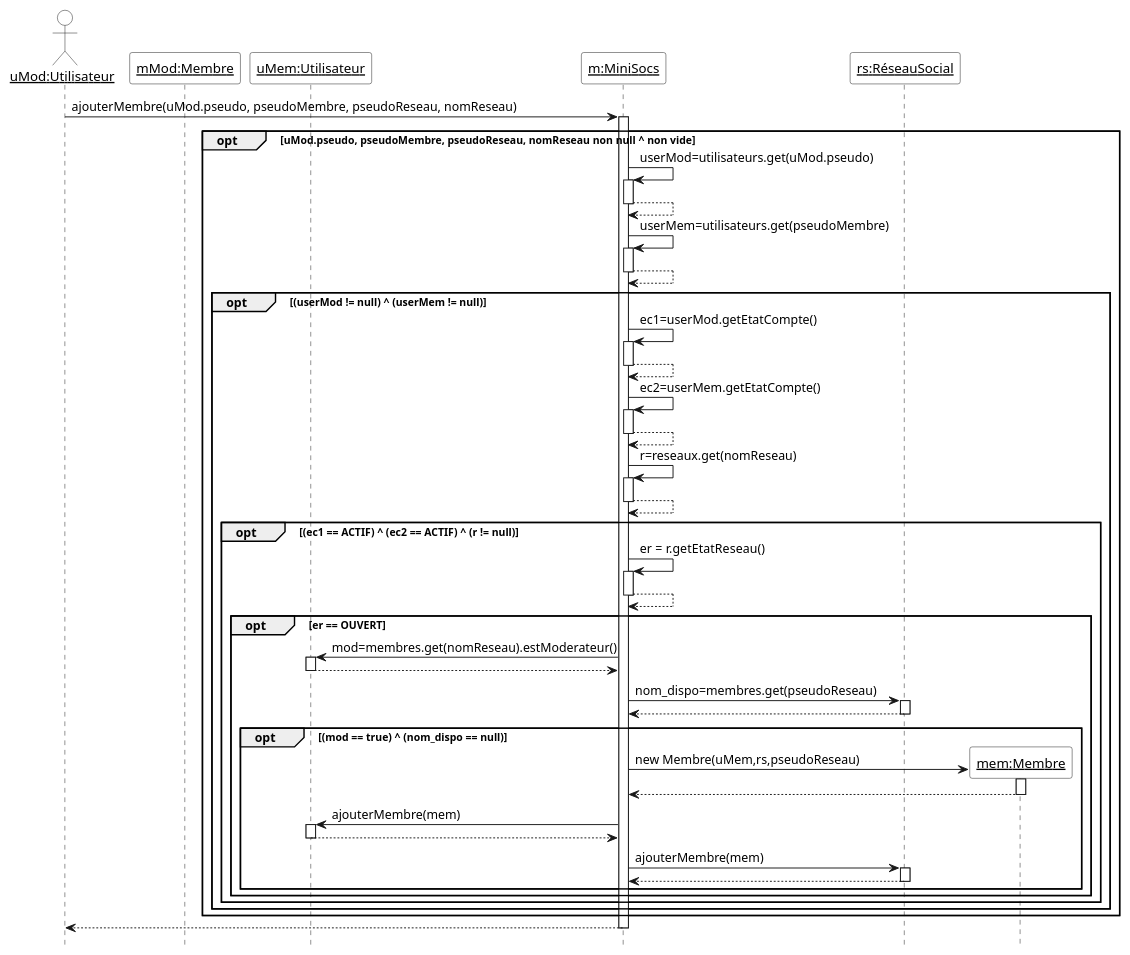
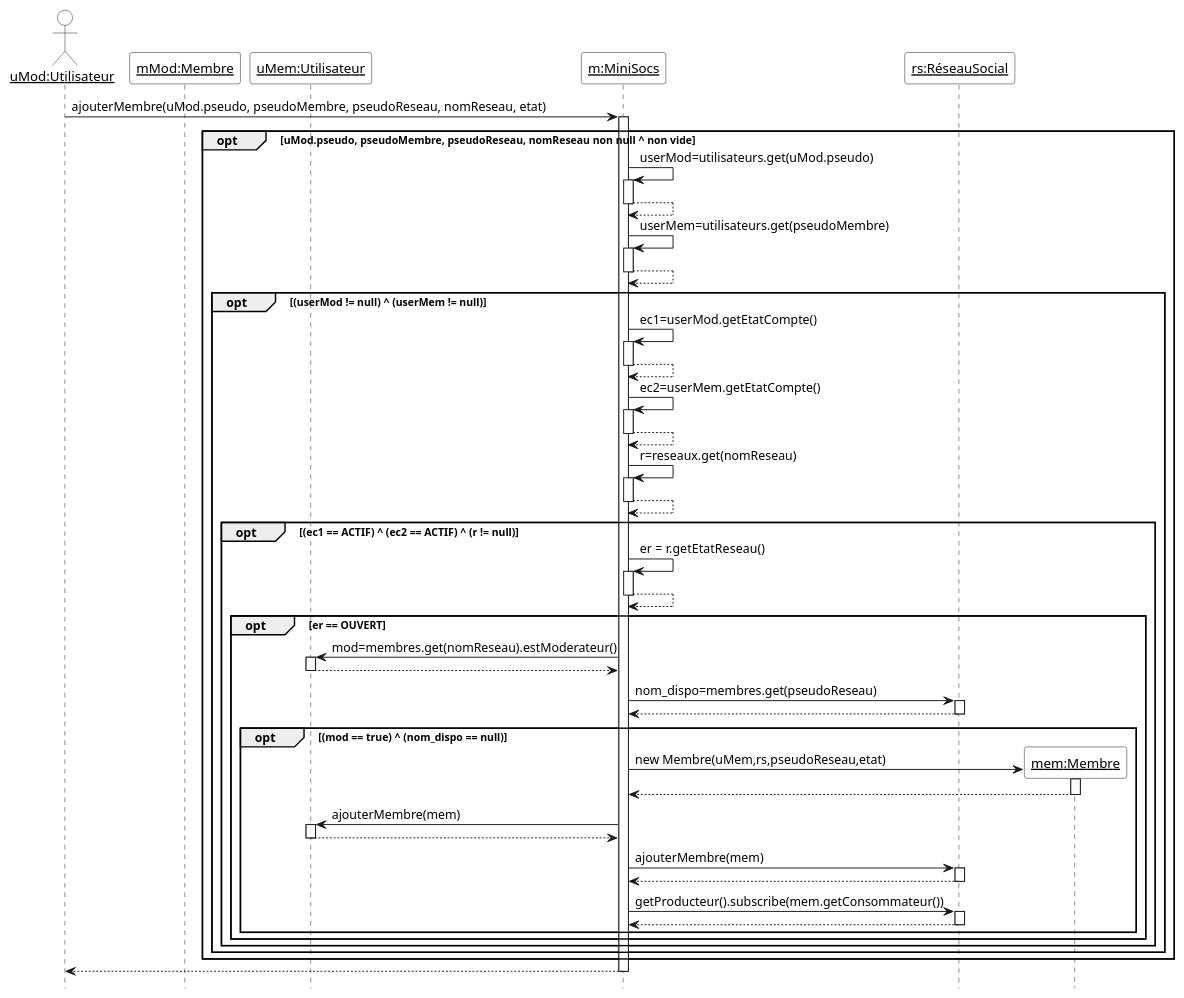
The diagram in Diagrammes/minisocs_uml_diag_seq_ajouter_membre.pu (ThELud0/Minisocs), drawn with PlantUML before and after one commit. The commit also changed 12 other files, not shown here.

Commit message:
diagramme classe et sequence

```diff
--- a/Diagrammes/minisocs_uml_diag_seq_ajouter_membre.pu
+++ b/Diagrammes/minisocs_uml_diag_seq_ajouter_membre.pu
@@ -1,59 +1,60 @@
 @startuml
 
 'Diagramme de séquence (PlantUML)'
 
 'Configuration charte graphique'
 hide footbox
 skinparam sequenceParticipantBackgroundColor White
 skinparam sequenceActorBackgroundColor White
 
 'Déclaration des acteurs et des participants (déjà existants avant la séquence)'
 
 actor "__uMod:Utilisateur__" as uMod
 participant "__mMod:Membre__" as mod
 participant "__uMem:Utilisateur__" as uMem
 participant "__m:MiniSocs__" as m 
 participant "__rs:RéseauSocial__" as rs
 
 'Séquence avec les messages, les créations de participants, etc.'
 
-uMod -> m ++ : ajouterMembre(uMod.pseudo, pseudoMembre, pseudoReseau, nomReseau)
+uMod -> m ++ : ajouterMembre(uMod.pseudo, pseudoMembre, pseudoReseau, nomReseau, etat)
 opt uMod.pseudo, pseudoMembre, pseudoReseau, nomReseau non null ^ non vide
 m -> m ++ : userMod=utilisateurs.get(uMod.pseudo)
 return
 m -> m ++ : userMem=utilisateurs.get(pseudoMembre)
 return
 opt (userMod != null) ^ (userMem != null)
 m -> m ++ : ec1=userMod.getEtatCompte()
 return
 m -> m ++ : ec2=userMem.getEtatCompte()
 return
 m -> m ++ : r=reseaux.get(nomReseau)
 return
 opt (ec1 == ACTIF) ^ (ec2 == ACTIF) ^ (r != null)
 m -> m ++ : er = r.getEtatReseau()
 return
 opt er == OUVERT
 m -> uMem ++ : mod=membres.get(nomReseau).estModerateur()
 return
 m -> rs ++ : nom_dispo=membres.get(pseudoReseau)
 return
 opt (mod == true) ^ (nom_dispo == null)
 
 create "__mem:Membre__" as mem
-m -> mem ++ : new Membre(uMem,rs,pseudoReseau)
+m -> mem ++ : new Membre(uMem,rs,pseudoReseau,etat)
 return
 m -> uMem ++ : ajouterMembre(mem)
 return
 m -> rs ++ : ajouterMembre(mem)
 return
-
+m -> rs ++ : getProducteur().subscribe(mem.getConsommateur())
+return
 
 
 end
 end
 end
 end
 end
 return
 @enduml
```
